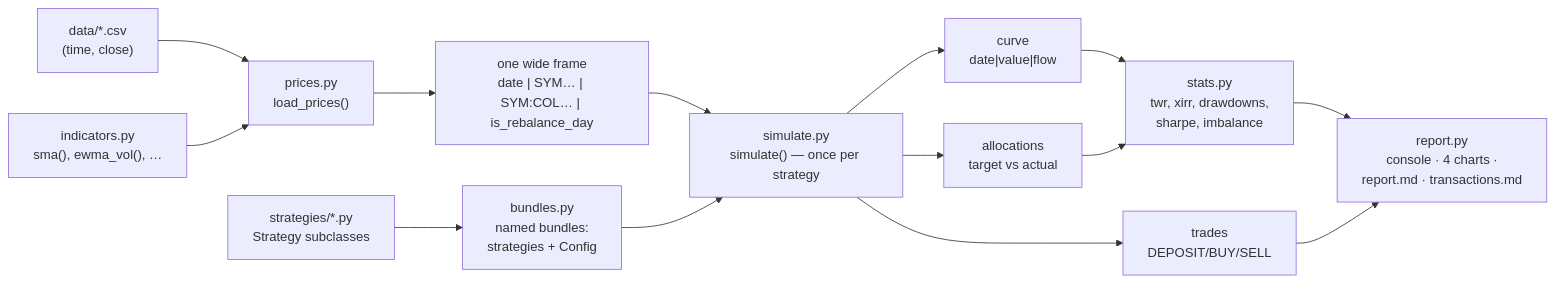
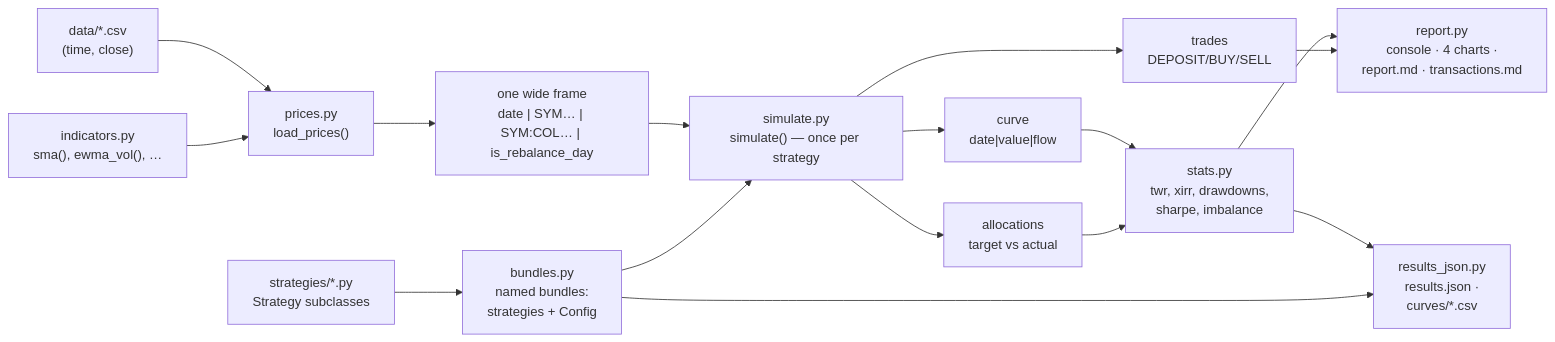
Before and after one commit to vlaas/balancing_portfolio: the diagram in docs/ARCHITECTURE.md, drawn with Mermaid. The commit also changed other lines of this file and 7 other files, not shown here.

First line of the commit message:
Machine-readable results: --json and --curves

````diff
--- a/docs/ARCHITECTURE.md
+++ b/docs/ARCHITECTURE.md
@@ -18,16 +18,18 @@
 ```mermaid
 flowchart LR
     CSV["data/*.csv<br/>(time, close)"] --> P["prices.py<br/>load_prices()"]
     I["indicators.py<br/>sma(), ewma_vol(), …"] --> P
     P --> W["one wide frame<br/>date | SYM… | SYM:COL… | is_rebalance_day"]
     W --> E["simulate.py<br/>simulate() — once per strategy"]
     S["strategies/*.py<br/>Strategy subclasses"] --> B["bundles.py<br/>named bundles:<br/>strategies + Config"]
     B --> E
     E --> C["curve<br/>date|value|flow"]
     E --> T["trades<br/>DEPOSIT/BUY/SELL"]
     E --> A["allocations<br/>target vs actual"]
     C --> ST["stats.py<br/>twr, xirr, drawdowns,<br/>sharpe, imbalance"]
     A --> ST
     ST --> R["report.py<br/>console · 4 charts ·<br/>report.md · transactions.md"]
     T --> R
+    ST --> J["results_json.py<br/>results.json ·<br/>curves/*.csv"]
+    B --> J
 ```
````
